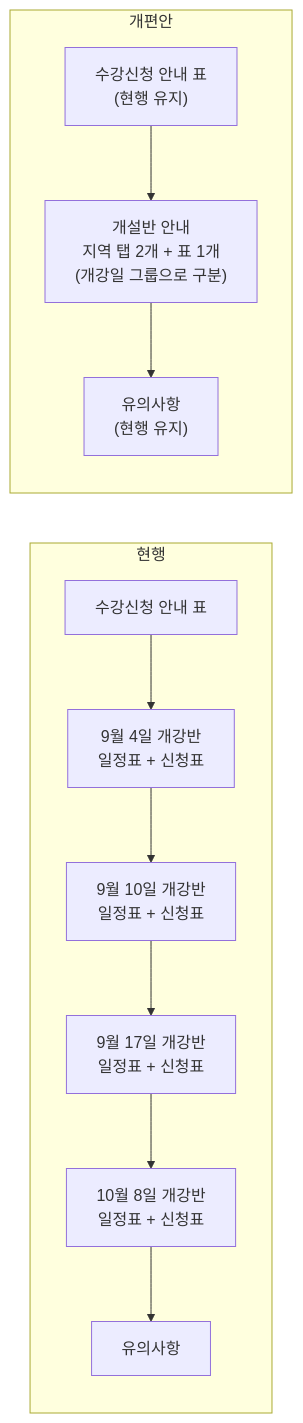
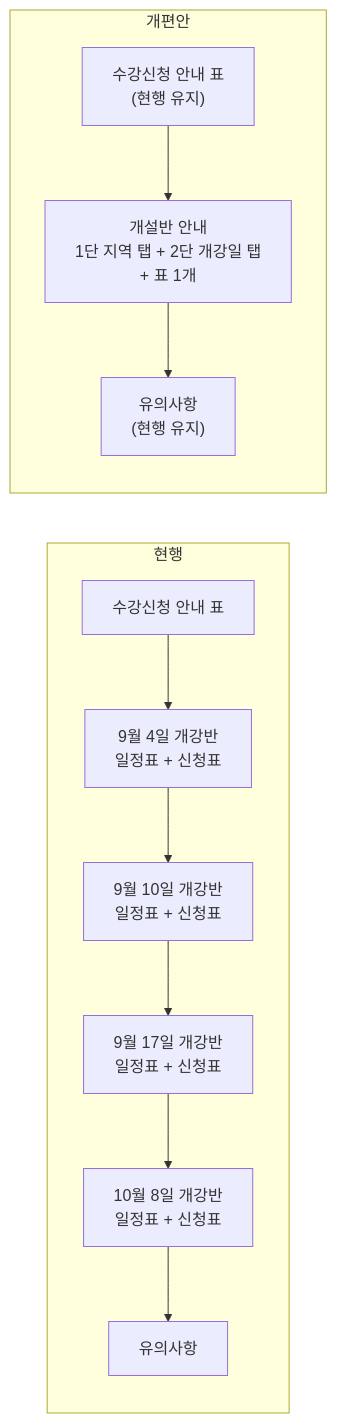
Before and after one commit to juhuikim-baeoom/baeron-practice-page-redesign: the first of 2 diagrams in docs/superpowers/specs/2026-08-20-사회복지현장실습-페이지-개편-design.md, drawn with Mermaid. The commit also changed other lines of this file and 2 other files, not shown here.

````diff
--- a/docs/superpowers/specs/2026-08-20-사회복지현장실습-페이지-개편-design.md
+++ b/docs/superpowers/specs/2026-08-20-사회복지현장실습-페이지-개편-design.md
@@ -150,14 +163,14 @@
 ```mermaid
 flowchart LR
     subgraph AS["현행"]
         A1["수강신청 안내 표"] --> A2["9월 4일 개강반<br/>일정표 + 신청표"]
         A2 --> A3["9월 10일 개강반<br/>일정표 + 신청표"]
         A3 --> A4["9월 17일 개강반<br/>일정표 + 신청표"]
         A4 --> A5["10월 8일 개강반<br/>일정표 + 신청표"]
         A5 --> A6["유의사항"]
     end
     subgraph BS["개편안"]
-        B1["수강신청 안내 표<br/>(현행 유지)"] --> B2["개설반 안내<br/>지역 탭 2개 + 표 1개<br/>(개강일 그룹으로 구분)"]
+        B1["수강신청 안내 표<br/>(현행 유지)"] --> B2["개설반 안내<br/>1단 지역 탭 + 2단 개강일 탭<br/>+ 표 1개"]
         B2 --> B3["유의사항<br/>(현행 유지)"]
     end
 ```
````
